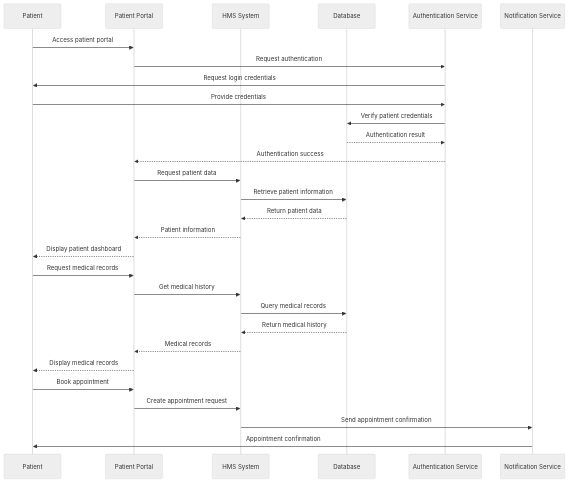
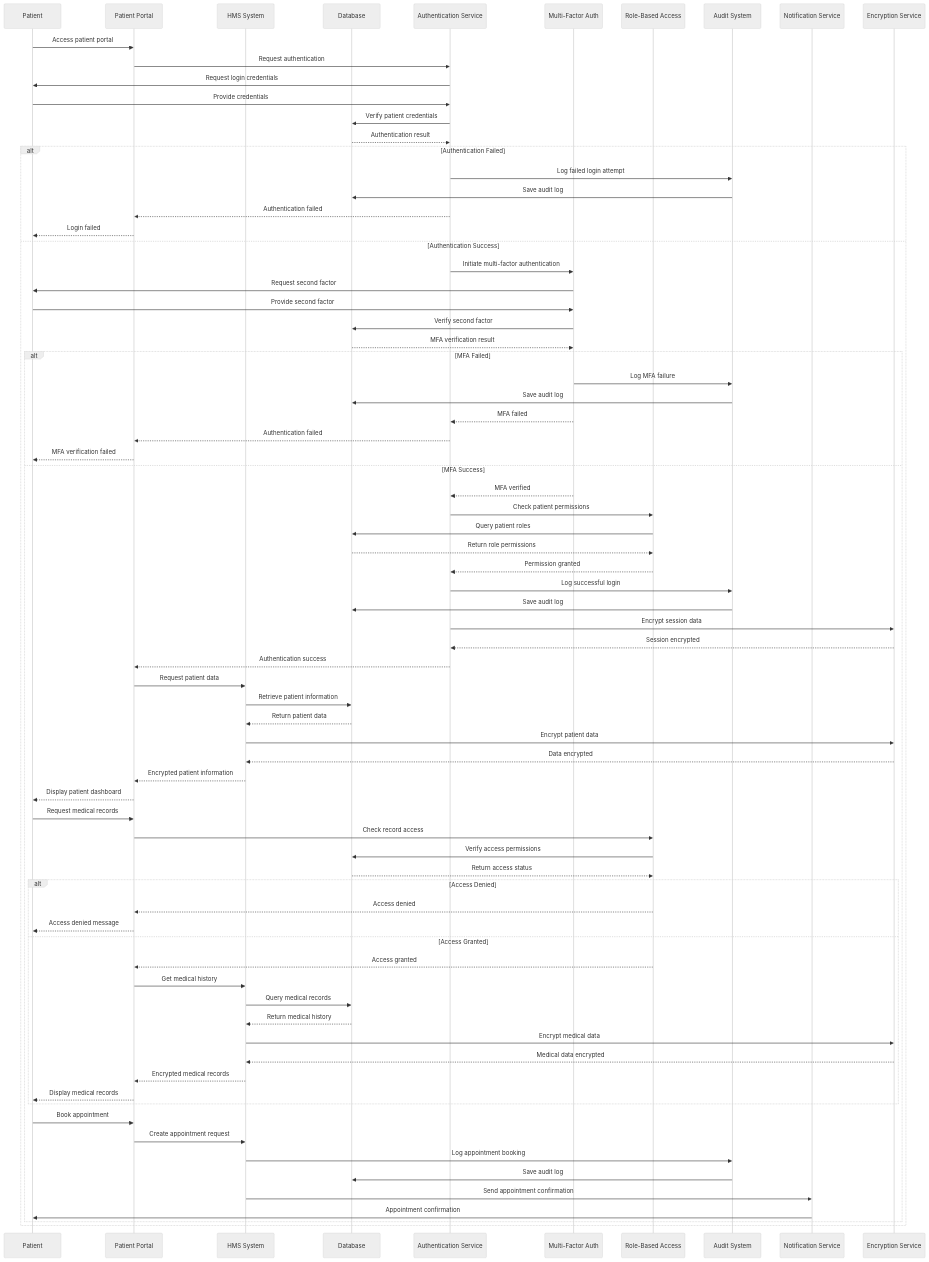
Before and after one commit to harcop/limises: the fifth of 10 diagrams in sequence-diagrams/patient-management-sequence.md, drawn with Mermaid (neutral theme). The commit also changed other lines of this file and 16 other files, not shown here.

````diff
--- a/sequence-diagrams/patient-management-sequence.md
+++ b/sequence-diagrams/patient-management-sequence.md
@@ -123,32 +145,80 @@
 ```mermaid
 sequenceDiagram
     participant P as Patient
     participant PORTAL as Patient Portal
     participant HMS as HMS System
     participant DB as Database
     participant AUTH as Authentication Service
+    participant MFA as Multi-Factor Auth
+    participant RBAC as Role-Based Access
+    participant AUDIT as Audit System
     participant NOT as Notification Service
+    participant ENCRYPT as Encryption Service
 
     P->>PORTAL: Access patient portal
     PORTAL->>AUTH: Request authentication
     AUTH->>P: Request login credentials
     P->>AUTH: Provide credentials
     AUTH->>DB: Verify patient credentials
     DB-->>AUTH: Authentication result
-    AUTH-->>PORTAL: Authentication success
-    PORTAL->>HMS: Request patient data
-    HMS->>DB: Retrieve patient information
-    DB-->>HMS: Return patient data
-    HMS-->>PORTAL: Patient information
-    PORTAL-->>P: Display patient dashboard
-    P->>PORTAL: Request medical records
-    PORTAL->>HMS: Get medical history
-    HMS->>DB: Query medical records
-    DB-->>HMS: Return medical history
-    HMS-->>PORTAL: Medical records
-    PORTAL-->>P: Display medical records
-    P->>PORTAL: Book appointment
-    PORTAL->>HMS: Create appointment request
-    HMS->>NOT: Send appointment confirmation
-    NOT->>P: Appointment confirmation
+    alt Authentication Failed
+        AUTH->>AUDIT: Log failed login attempt
+        AUDIT->>DB: Save audit log
+        AUTH-->>PORTAL: Authentication failed
+        PORTAL-->>P: Login failed
+    else Authentication Success
+        AUTH->>MFA: Initiate multi-factor authentication
+        MFA->>P: Request second factor
+        P->>MFA: Provide second factor
+        MFA->>DB: Verify second factor
+        DB-->>MFA: MFA verification result
+        alt MFA Failed
+            MFA->>AUDIT: Log MFA failure
+            AUDIT->>DB: Save audit log
+            MFA-->>AUTH: MFA failed
+            AUTH-->>PORTAL: Authentication failed
+            PORTAL-->>P: MFA verification failed
+        else MFA Success
+            MFA-->>AUTH: MFA verified
+            AUTH->>RBAC: Check patient permissions
+            RBAC->>DB: Query patient roles
+            DB-->>RBAC: Return role permissions
+            RBAC-->>AUTH: Permission granted
+            AUTH->>AUDIT: Log successful login
+            AUDIT->>DB: Save audit log
+            AUTH->>ENCRYPT: Encrypt session data
+            ENCRYPT-->>AUTH: Session encrypted
+            AUTH-->>PORTAL: Authentication success
+            PORTAL->>HMS: Request patient data
+            HMS->>DB: Retrieve patient information
+            DB-->>HMS: Return patient data
+            HMS->>ENCRYPT: Encrypt patient data
+            ENCRYPT-->>HMS: Data encrypted
+            HMS-->>PORTAL: Encrypted patient information
+            PORTAL-->>P: Display patient dashboard
+            P->>PORTAL: Request medical records
+            PORTAL->>RBAC: Check record access
+            RBAC->>DB: Verify access permissions
+            DB-->>RBAC: Return access status
+            alt Access Denied
+                RBAC-->>PORTAL: Access denied
+                PORTAL-->>P: Access denied message
+            else Access Granted
+                RBAC-->>PORTAL: Access granted
+                PORTAL->>HMS: Get medical history
+                HMS->>DB: Query medical records
+                DB-->>HMS: Return medical history
+                HMS->>ENCRYPT: Encrypt medical data
+                ENCRYPT-->>HMS: Medical data encrypted
+                HMS-->>PORTAL: Encrypted medical records
+                PORTAL-->>P: Display medical records
+            end
+            P->>PORTAL: Book appointment
+            PORTAL->>HMS: Create appointment request
+            HMS->>AUDIT: Log appointment booking
+            AUDIT->>DB: Save audit log
+            HMS->>NOT: Send appointment confirmation
+            NOT->>P: Appointment confirmation
+        end
+    end
 ```
````
